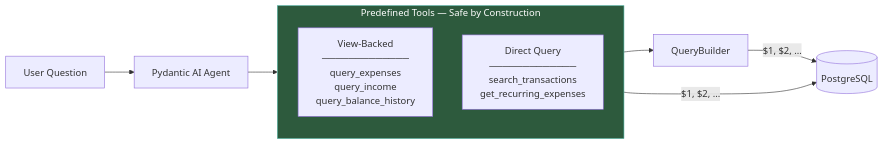
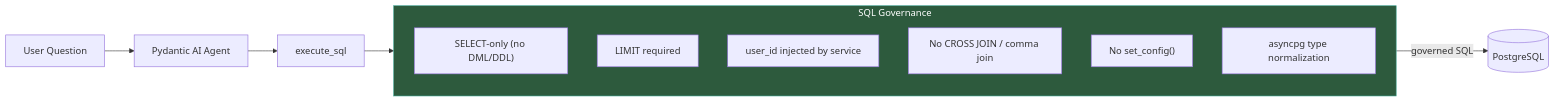
Before and after one commit to maxibove13/finance-query-agent: the fourth of 7 diagrams in README.md, drawn with Mermaid. The commit also changed other lines of this file and 1 other file, not shown here.

First line of the commit message:
docs: update README and spec for text-to-SQL architecture [MPI-209]

````diff
--- a/README.md
+++ b/README.md
@@ -141,18 +120,22 @@
 ```mermaid
 graph LR
     Q[User Question] --> AGENT[Pydantic AI Agent]
 
-    AGENT --> PREDEFINED
+    AGENT --> T1[execute_sql]
 
-    subgraph PREDEFINED["Predefined Tools — Safe by Construction"]
+    T1 --> GOV
+
+    subgraph GOV["SQL Governance"]
         direction TB
-        V["View-Backed<br/>─────────────<br/>query_expenses<br/>query_income<br/>query_balance_history"]
-        D["Direct Query<br/>─────────────<br/>search_transactions<br/>get_recurring_expenses"]
+        R1["SELECT-only (no DML/DDL)"]
+        R2["LIMIT required"]
+        R3["user_id injected by service"]
+        R4["No CROSS JOIN / comma join"]
+        R5["No set_config()"]
+        R6["asyncpg type normalization"]
     end
 
-    V -->|"$1, $2, ..."| DB[(PostgreSQL)]
-    D --> QB[QueryBuilder]
-    QB -->|"$1, $2, ..."| DB
+    GOV -->|"governed SQL"| DB[(PostgreSQL)]
 
-    style PREDEFINED fill:#2d5a3d,stroke:#4a9,color:#fff
+    style GOV fill:#2d5a3d,stroke:#4a9,color:#fff
 ```
````
